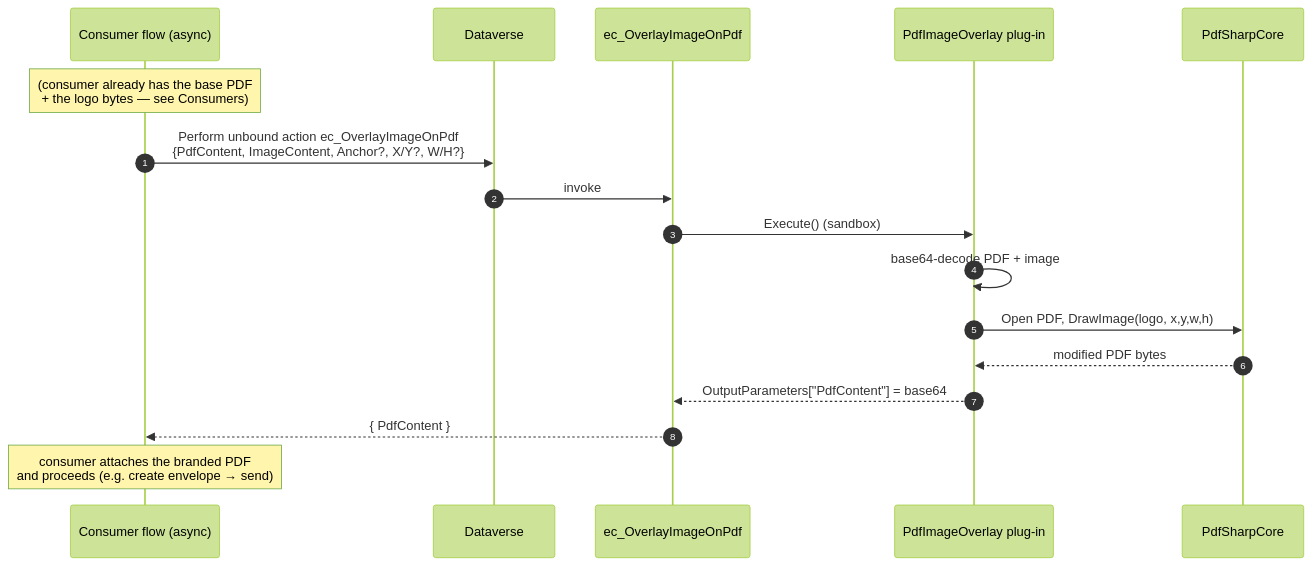
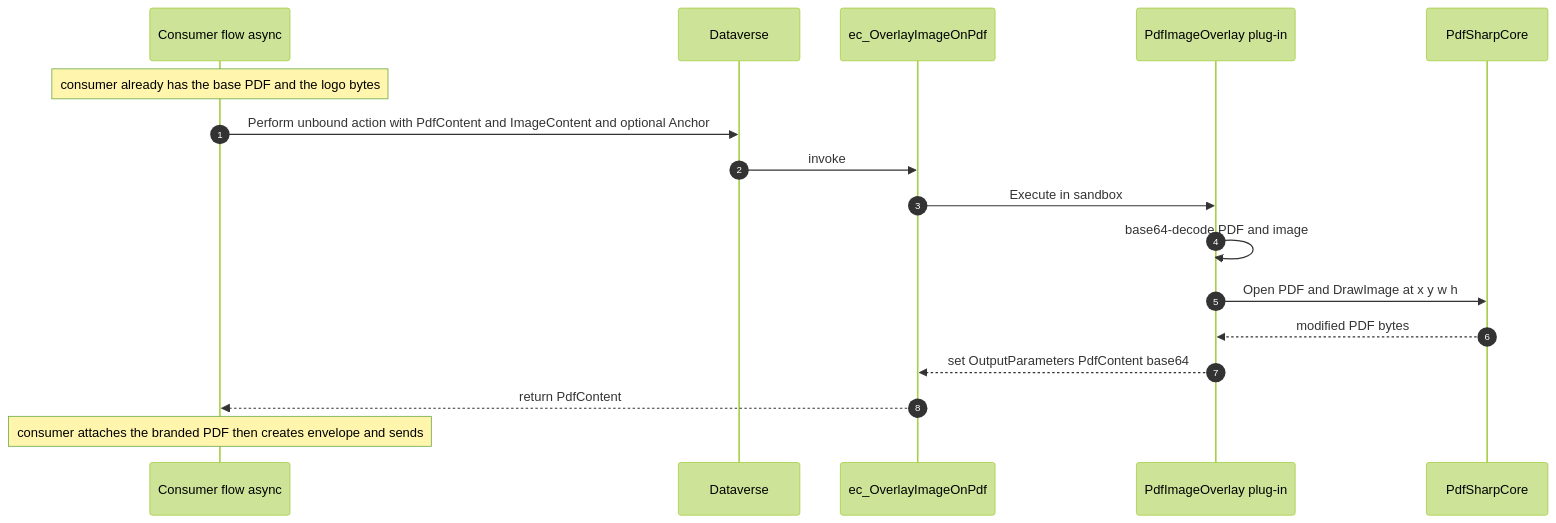
Before and after one commit to Cloudstrucc/nintex-dataverse: the second of 2 diagrams in solutions/docs/pdf-overlay-plugin/README.md, drawn with Mermaid (forest theme). The commit also changed other lines of this file and 1 other file, not shown here.

First line of the commit message:
Docs: fix mermaid syntax (remove quotes in edge labels, parens/br in node text)

````diff
--- a/solutions/docs/pdf-overlay-plugin/README.md
+++ b/solutions/docs/pdf-overlay-plugin/README.md
@@ -85,20 +85,20 @@
 ```mermaid
 sequenceDiagram
   autonumber
-  participant F as Consumer flow (async)
+  participant F as Consumer flow async
   participant DV as Dataverse
   participant API as ec_OverlayImageOnPdf
   participant PG as PdfImageOverlay plug-in
   participant PS as PdfSharpCore
 
-  Note over F: (consumer already has the base PDF<br/>+ the logo bytes — see Consumers)
-  F->>DV: Perform unbound action ec_OverlayImageOnPdf<br/>{PdfContent, ImageContent, Anchor?, X/Y?, W/H?}
+  Note over F: consumer already has the base PDF and the logo bytes
+  F->>DV: Perform unbound action with PdfContent and ImageContent and optional Anchor
   DV->>API: invoke
-  API->>PG: Execute() (sandbox)
-  PG->>PG: base64-decode PDF + image
-  PG->>PS: Open PDF, DrawImage(logo, x,y,w,h)
+  API->>PG: Execute in sandbox
+  PG->>PG: base64-decode PDF and image
+  PG->>PS: Open PDF and DrawImage at x y w h
   PS-->>PG: modified PDF bytes
-  PG-->>API: OutputParameters["PdfContent"] = base64
-  API-->>F: { PdfContent }
-  Note over F: consumer attaches the branded PDF<br/>and proceeds (e.g. create envelope → send)
+  PG-->>API: set OutputParameters PdfContent base64
+  API-->>F: return PdfContent
+  Note over F: consumer attaches the branded PDF then creates envelope and sends
 ```
````
